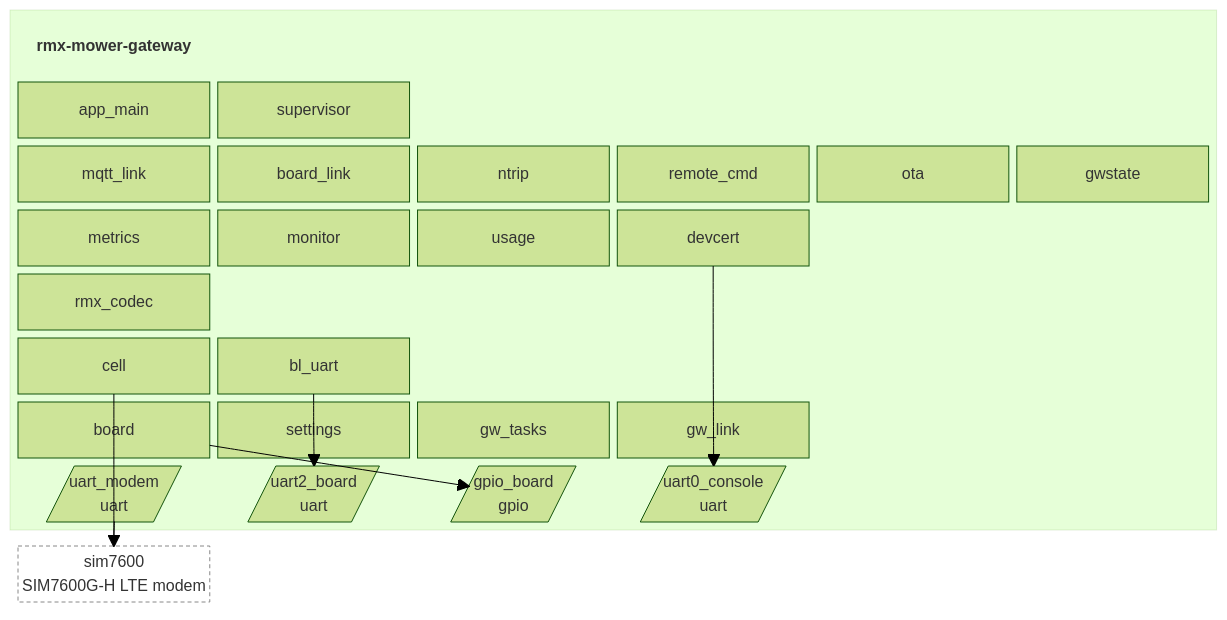
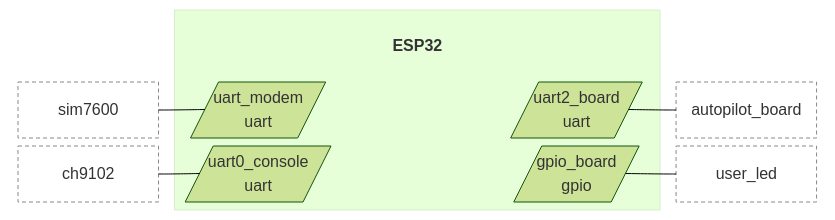
Before and after one commit to jRmx0/esp-architecture: the second of 4 diagrams in examples/gateway/diagrams.md, drawn with Mermaid (forest theme). The commit also changed other lines of this file and 6 other files, not shown here.

First line of the commit message:
Block diagram level 1: hardware only

````diff
--- a/examples/gateway/diagrams.md
+++ b/examples/gateway/diagrams.md
@@ -29,69 +29,36 @@
 ```mermaid
 block-beta
-  columns 1
-  block:chip
-    columns 6
-    chip_title["<b>rmx-mower-gateway</b>"]:6
-    n_app_main["app_main"]
-    n_supervisor["supervisor"]
+  columns 5
+  block:left
+    columns 1
     space
+    n_sim7600["sim7600"]
+    n_ch9102["ch9102"]
+  end
+  block:chip:3
+    columns 3
+    chip_title["<b>ESP32</b>"]:3
+    n_uart_modem[/"uart_modem<br/>uart"/]
     space
-    space
-    space
-    n_mqtt_link["mqtt_link"]
-    n_board_link["board_link"]
-    n_ntrip["ntrip"]
-    n_remote_cmd["remote_cmd"]
-    n_ota["ota"]
-    n_gwstate["gwstate"]
-    n_metrics["metrics"]
-    n_monitor["monitor"]
-    n_usage["usage"]
-    n_devcert["devcert"]
-    space
-    space
-    n_rmx_codec["rmx_codec"]
-    space
-    space
-    space
-    space
-    space
-    n_cell["cell"]
-    n_bl_uart["bl_uart"]
-    space
-    space
-    space
-    space
-    n_board["board"]
-    n_settings["settings"]
-    n_gw_tasks["gw_tasks"]
-    n_gw_link["gw_link"]
-    space
-    space
-    n_uart_modem[/"uart_modem<br/>uart"/]
     n_uart2_board[/"uart2_board<br/>uart"/]
-    n_gpio_board[/"gpio_board<br/>gpio"/]
     n_uart0_console[/"uart0_console<br/>uart"/]
     space
+    n_gpio_board[/"gpio_board<br/>gpio"/]
+  end
+  block:right
+    columns 1
     space
+    n_autopilot_board["autopilot_board"]
+    n_user_led["user_led"]
   end
-  block:outside
-    columns 6
-    n_sim7600["sim7600<br/>SIM7600G-H LTE modem"]
-    space
-    space
-    space
-    space
-    space
-  end
-  style outside fill:none,stroke:none
-  n_devcert --> n_uart0_console
-  n_cell --> n_sim7600
-  n_bl_uart --> n_uart2_board
-  n_board --> n_gpio_board
+  style left fill:none,stroke:none
+  style right fill:none,stroke:none
   n_uart_modem --- n_sim7600
+  n_uart2_board --- n_autopilot_board
+  n_uart0_console --- n_ch9102
+  n_gpio_board --- n_user_led
   classDef title fill:none,stroke:none
   classDef device fill:none,stroke:#888,stroke-dasharray:4 3
   class chip_title title
-  class n_sim7600 device
+  class n_sim7600,n_autopilot_board,n_ch9102,n_user_led device
 ```
````
